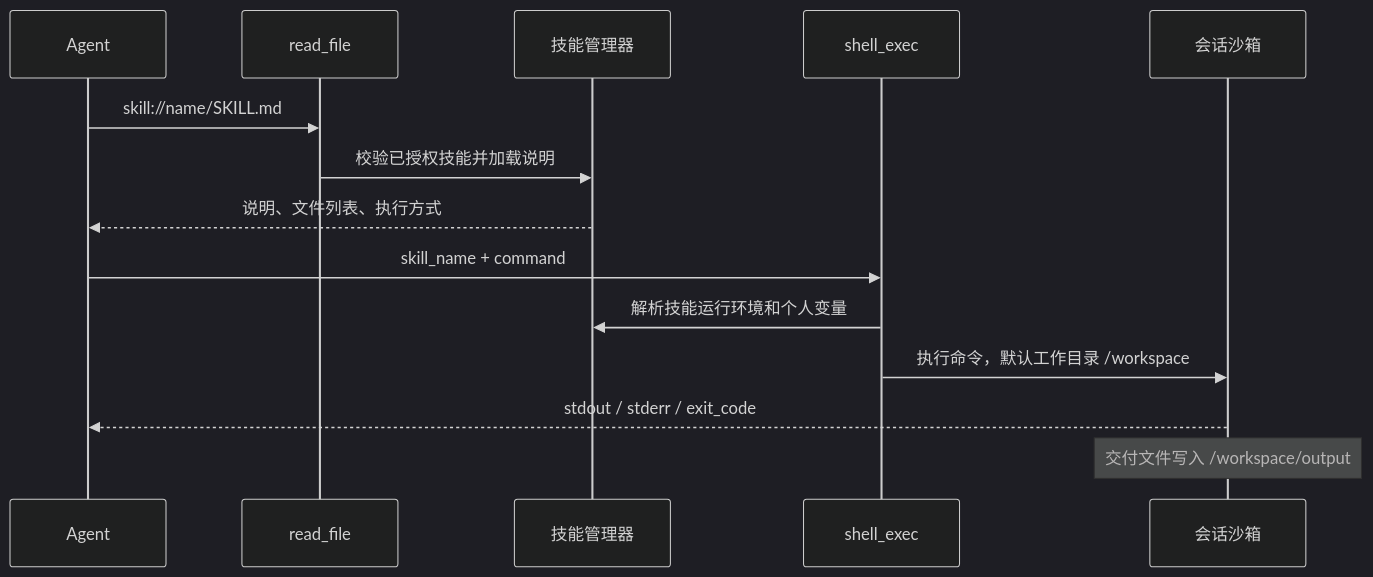
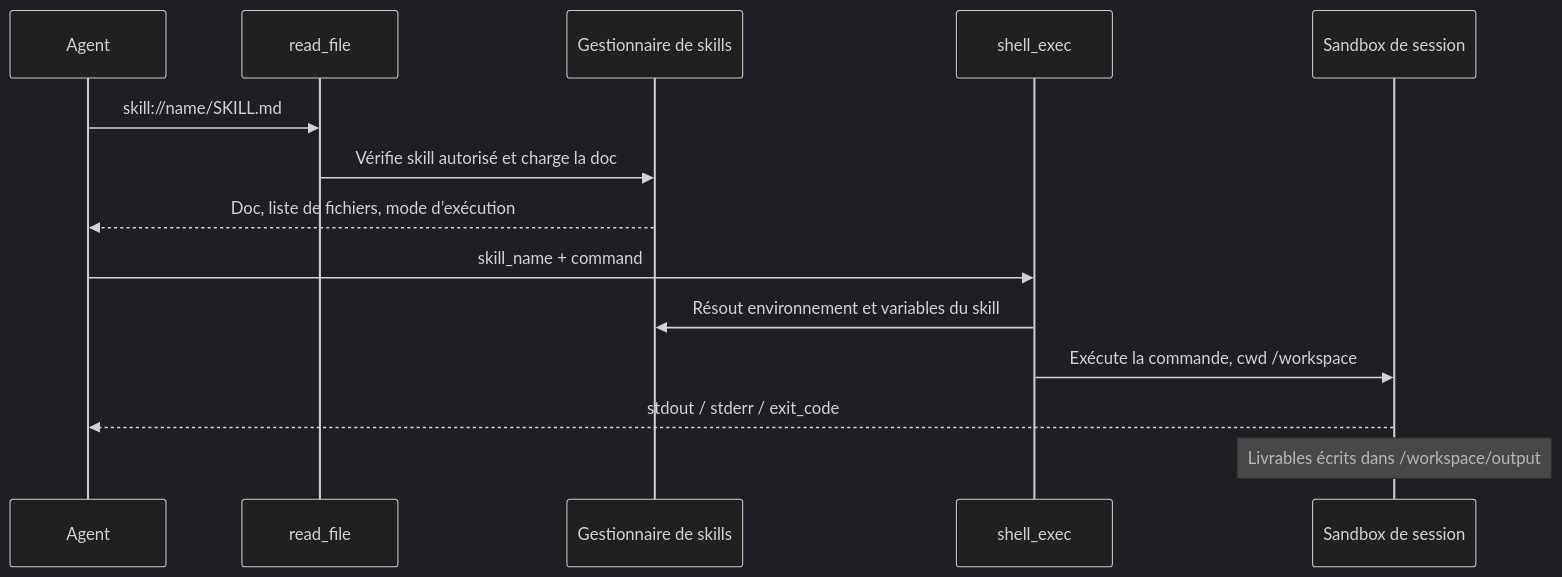
The third of 3 diagrams in website-docs/03-features/07-agent.md (samiriggui-code/gsms-template), drawn with Mermaid (dark theme) before and after one commit. The commit also changed other lines of this file and 301 other files, not shown here.

````diff
--- a/website-docs/03-features/07-agent.md
+++ b/website-docs/03-features/07-agent.md
@@ -587,16 +587,16 @@
 ```mermaid
 sequenceDiagram
     participant LLM as Agent
     participant Reader as read_file
-    participant Manager as 技能管理器
+    participant Manager as Gestionnaire de skills
     participant Shell as shell_exec
-    participant SBX as 会话沙箱
+    participant SBX as Sandbox de session
     LLM->>Reader: skill://name/SKILL.md
-    Reader->>Manager: 校验已授权技能并加载说明
-    Manager-->>LLM: 说明、文件列表、执行方式
+    Reader->>Manager: Vérifie skill autorisé et charge la doc
+    Manager-->>LLM: Doc, liste de fichiers, mode d’exécution
     LLM->>Shell: skill_name + command
-    Shell->>Manager: 解析技能运行环境和个人变量
-    Shell->>SBX: 执行命令，默认工作目录 /workspace
+    Shell->>Manager: Résout environnement et variables du skill
+    Shell->>SBX: Exécute la commande, cwd /workspace
     SBX-->>LLM: stdout / stderr / exit_code
-    Note over SBX: 交付文件写入 /workspace/output
+    Note over SBX: Livrables écrits dans /workspace/output
 ```
````
